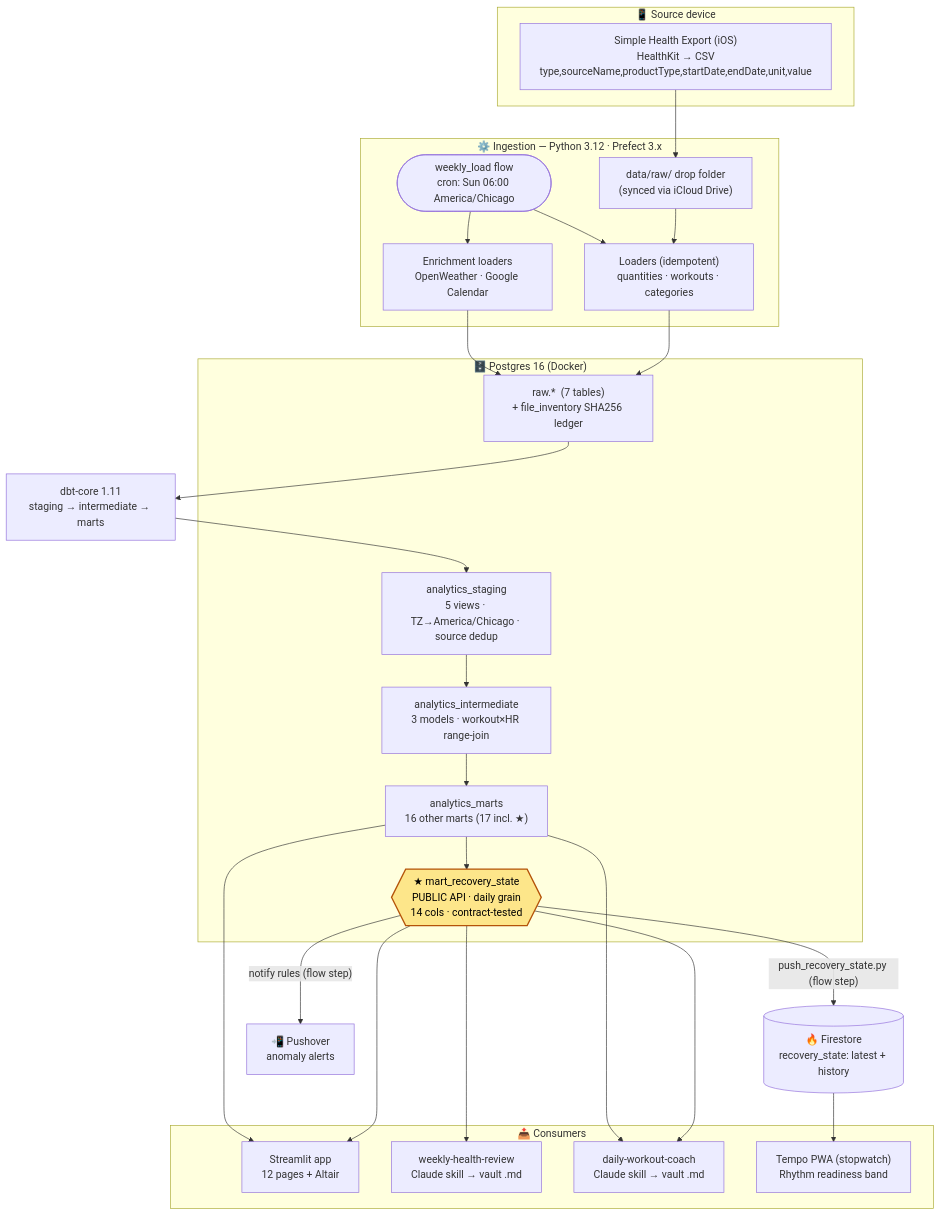
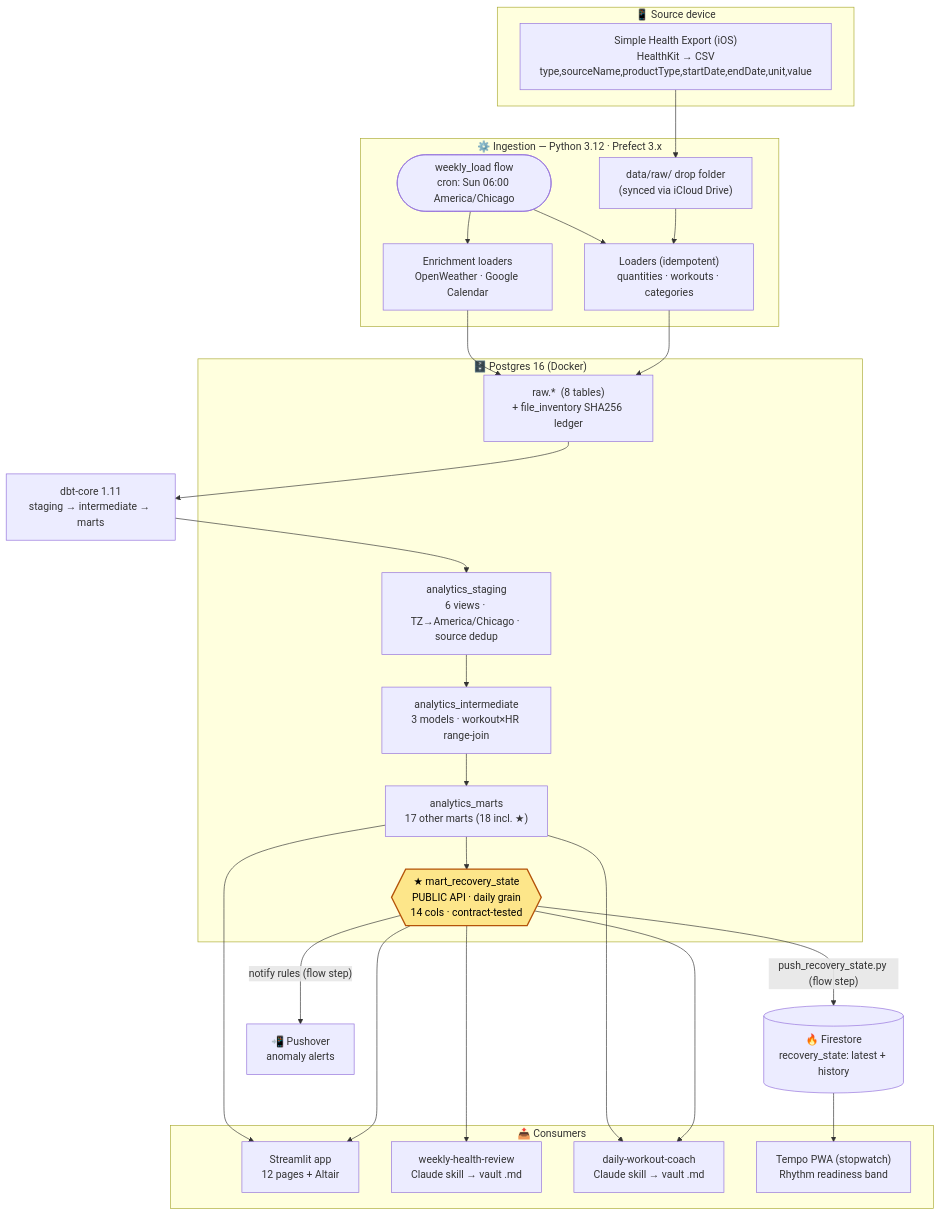
One commit to ksdisch/personal-health-elt changed the diagram in README.md. Above: the diagram before and after it, drawn with Mermaid. The commit also changed other lines of this file and 40 other files, not shown here.

````diff
--- a/README.md
+++ b/README.md
@@ -68,53 +84,53 @@
 ```mermaid
 %% Source of truth: docs/diagrams/system-context.mmd
 flowchart TD
     subgraph SRC["📱 Source device"]
         IOS["Simple Health Export (iOS)<br/>HealthKit → CSV<br/>type,sourceName,productType,startDate,endDate,unit,value"]
     end
 
     subgraph ING["⚙️ Ingestion — Python 3.12 · Prefect 3.x"]
         DROP["data/raw/ drop folder<br/>(synced via iCloud Drive)"]
         FLOW(["weekly_load flow<br/>cron: Sun 06:00 America/Chicago"])
         LOAD["Loaders (idempotent)<br/>quantities · workouts · categories"]
         ENR["Enrichment loaders<br/>OpenWeather · Google Calendar"]
     end
 
     subgraph PG["🗄️ Postgres 16 (Docker)"]
-        RAW["raw.*  (7 tables)<br/>+ file_inventory SHA256 ledger"]
-        STG["analytics_staging<br/>5 views · TZ→America/Chicago · source dedup"]
+        RAW["raw.*  (8 tables)<br/>+ file_inventory SHA256 ledger"]
+        STG["analytics_staging<br/>6 views · TZ→America/Chicago · source dedup"]
         INT["analytics_intermediate<br/>3 models · workout×HR range-join"]
-        MARTS["analytics_marts<br/>16 other marts (17 incl. ★)"]
+        MARTS["analytics_marts<br/>17 other marts (18 incl. ★)"]
         REC{{"★ mart_recovery_state<br/>PUBLIC API · daily grain<br/>14 cols · contract-tested"}}
     end
 
     DBT["dbt-core 1.11<br/>staging → intermediate → marts"]
 
     subgraph CONS["📤 Consumers"]
         APP["Streamlit app<br/>12 pages + Altair"]
         WHR["weekly-health-review<br/>Claude skill → vault .md"]
         COACH["daily-workout-coach<br/>Claude skill → vault .md"]
         TEMPO["Tempo PWA (stopwatch)<br/>Rhythm readiness band"]
     end
 
     FS[("🔥 Firestore<br/>recovery_state: latest + history")]
     PUSH["📲 Pushover<br/>anomaly alerts"]
 
     IOS --> DROP
     DROP --> LOAD
     FLOW --> LOAD --> RAW
     FLOW --> ENR --> RAW
     RAW --> DBT
     DBT --> STG --> INT --> MARTS
     MARTS --> REC
     REC --> APP
     MARTS --> APP
     REC --> WHR
     REC --> COACH
     MARTS --> COACH
     REC -->|"push_recovery_state.py (flow step)"| FS
     FS --> TEMPO
     REC -->|"notify rules (flow step)"| PUSH
 
     classDef api fill:#fde68a,stroke:#b45309,stroke-width:2px,color:#000;
     class REC api;
 ```
````
